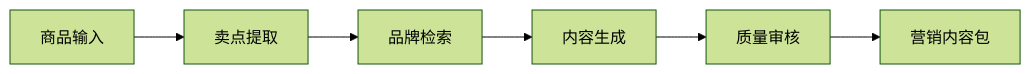
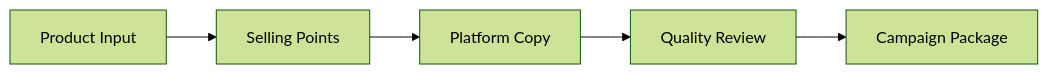
One commit to Tongh-de/MarketCraft-AI changed the second of 3 diagrams in README.md. Above: the diagram before and after it, drawn with Mermaid (forest theme). The commit also changed other lines of this file, not shown here.

````diff
--- a/README.md
+++ b/README.md
@@ -33,8 +68,7 @@
 ```mermaid
 flowchart LR
-    A[商品输入] --> B[卖点提取]
-    B --> C[品牌检索]
-    C --> D[内容生成]
-    D --> E[质量审核]
-    E --> F[营销内容包]
+    Product[Product Input] --> Points[Selling Points]
+    Points --> Copy[Platform Copy]
+    Copy --> QA[Quality Review]
+    QA --> Package[Campaign Package]
 ```
````
